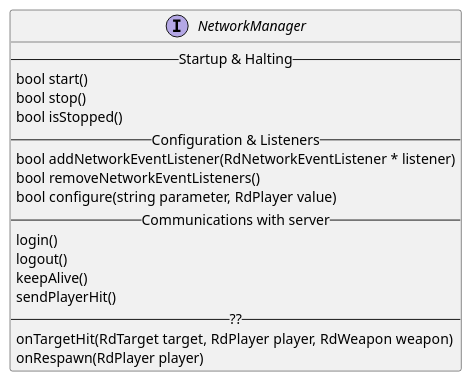
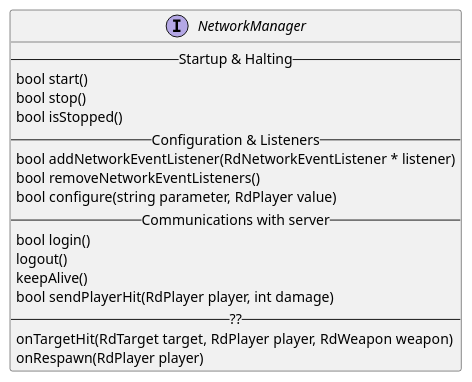
One commit to asrob-uc3m/robotDevastation-developer-manual changed the diagram in en/network-manager.md. Above: the diagram before and after it, drawn with PlantUML. The commit also changed other lines of this file, not shown here.

Commit message:
Updates en/network-manager.md
Auto commit by GitBook Editor

```diff
--- a/en/network-manager.md
+++ b/en/network-manager.md
@@ -4,20 +4,20 @@
 {% plantuml %}
 interface NetworkManager {
 --Startup & Halting--
 bool start()
 bool stop()
 bool isStopped()
 -- Configuration & Listeners --
 bool addNetworkEventListener(RdNetworkEventListener * listener)
 bool removeNetworkEventListeners()
 bool configure(string parameter, RdPlayer value)
 -- Communications with server --
-login()
+bool login()
 logout()
 keepAlive()
-sendPlayerHit()
+bool sendPlayerHit(RdPlayer player, int damage)
 -- ?? --
 onTargetHit(RdTarget target, RdPlayer player, RdWeapon weapon)
 onRespawn(RdPlayer player)
 }
 {% endplantuml %}
```
